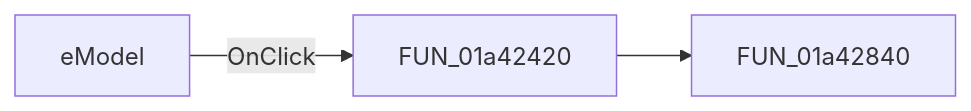
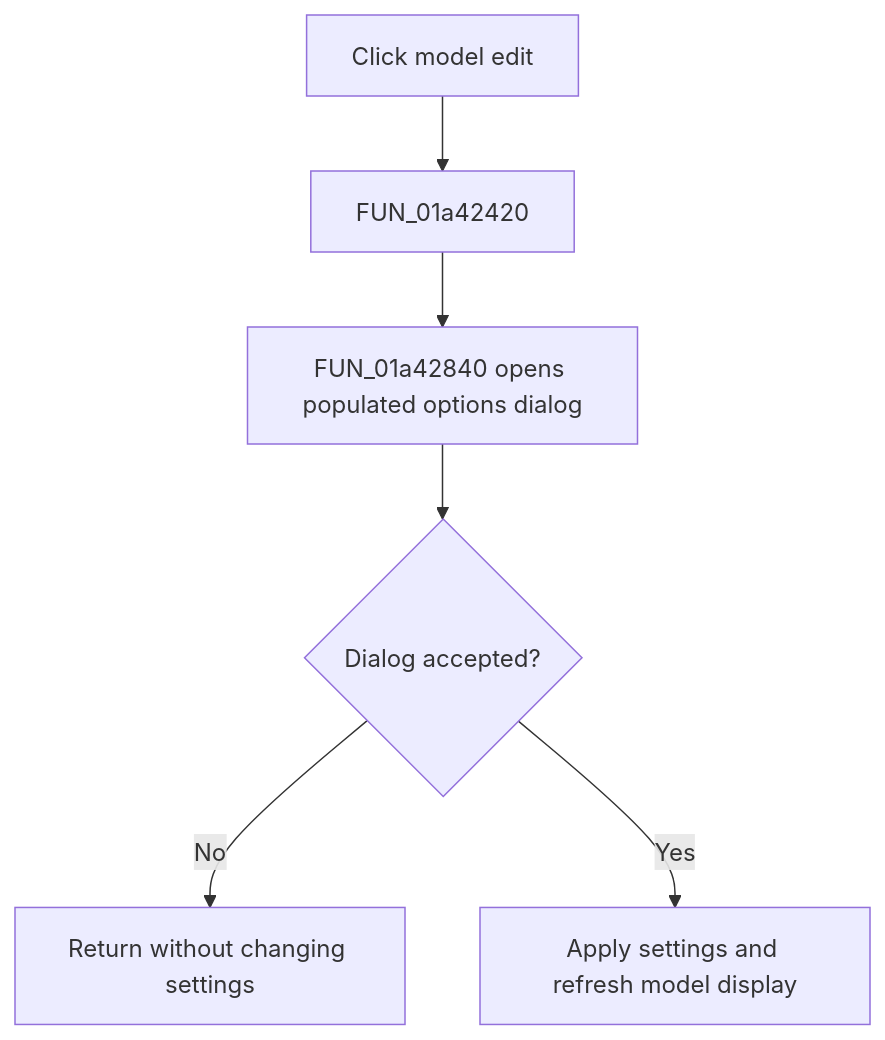
The diagram in docs/ui-controls/localllmform/emodel-9b0be2c312.md (MovGP0/TIARA), drawn with Mermaid before and after one commit. The commit also changed other lines of this file and 1062 other files, not shown here.

````diff
--- a/docs/ui-controls/localllmform/emodel-9b0be2c312.md
+++ b/docs/ui-controls/localllmform/emodel-9b0be2c312.md
@@ -27,5 +29,8 @@
 ```mermaid
-flowchart LR
-    control["eModel"] -->|OnClick| handler["FUN_01a42420"]
-    handler --> call1["FUN_01a42840"]
+flowchart TD
+    control["Click model edit"] --> wrapper["FUN_01a42420"]
+    wrapper --> options["FUN_01a42840 opens populated options dialog"]
+    options --> accepted{"Dialog accepted?"}
+    accepted -->|No| cancel["Return without changing settings"]
+    accepted -->|Yes| apply["Apply settings and refresh model display"]
 ```
````
